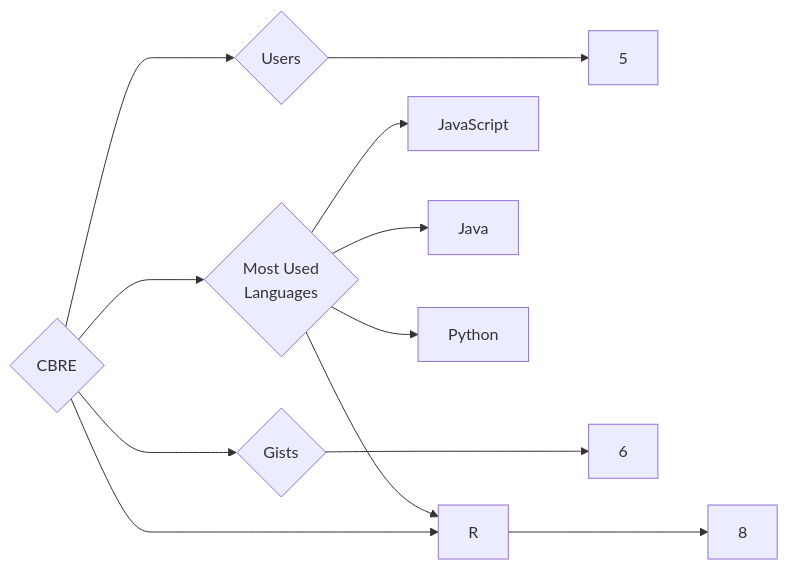
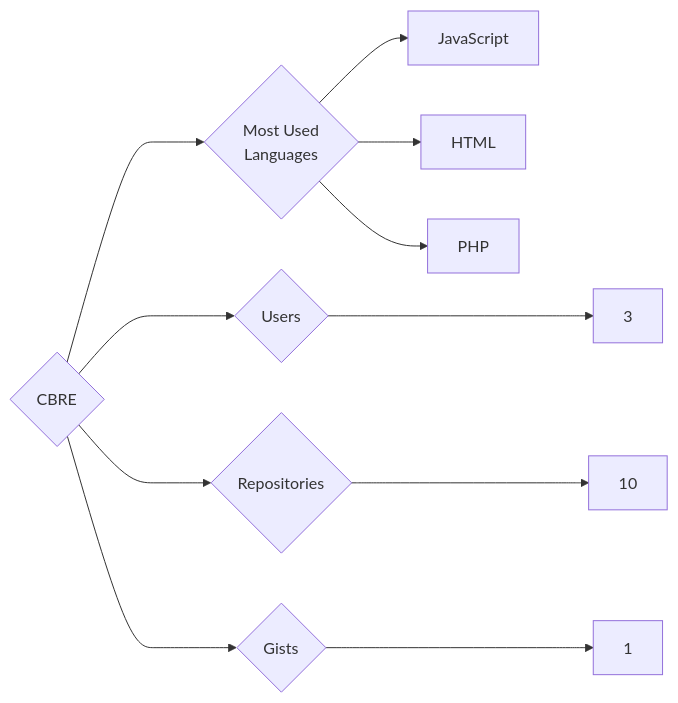
The diagram in targets/CBRE/README.md (trickest/insiders), drawn with Mermaid before and after one commit. The commit also changed 1170 other files, not shown here.

````diff
--- a/targets/CBRE/README.md
+++ b/targets/CBRE/README.md
@@ -3,12 +3,11 @@
 ```mermaid
 graph LR
 COMPANY_NAME{CBRE}
-COMPANY_NAME ---> U{Users} ---> UN[5]
-COMPANY_NAME ---> R{Repositories} ---> RN[8]
-COMPANY_NAME ---> G{Gists} ---> GN[6]
+COMPANY_NAME ---> U{Users} ---> UN[3]
+COMPANY_NAME ---> R{Repositories} ---> RN[10]
+COMPANY_NAME ---> G{Gists} ---> GN[1]
 COMPANY_NAME ---> ML{Most Used<br>Languages}
 ML --> JavaScript[JavaScript]
-ML --> Java[Java]
-ML --> R[R]
-ML --> Python[Python]
+ML --> HTML[HTML]
+ML --> PHP[PHP]
 ```
````
